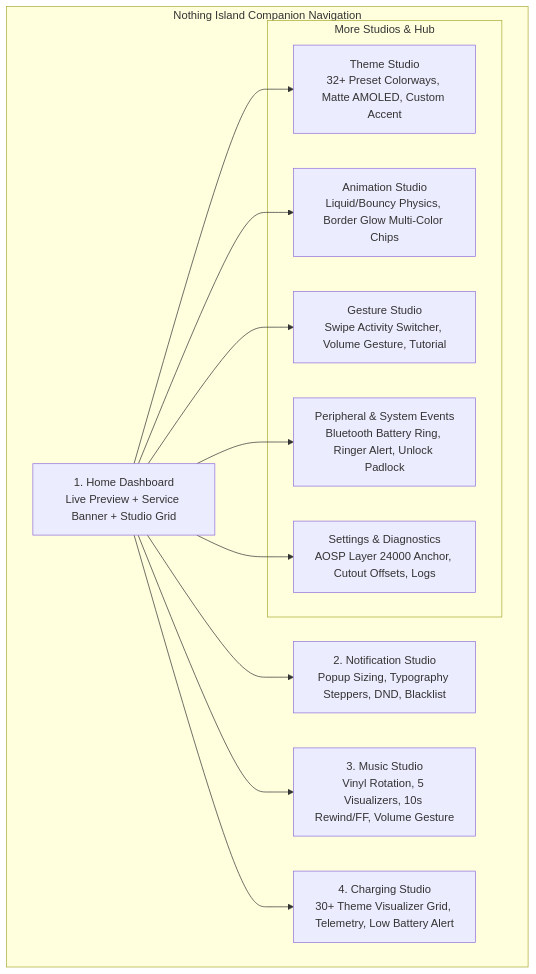
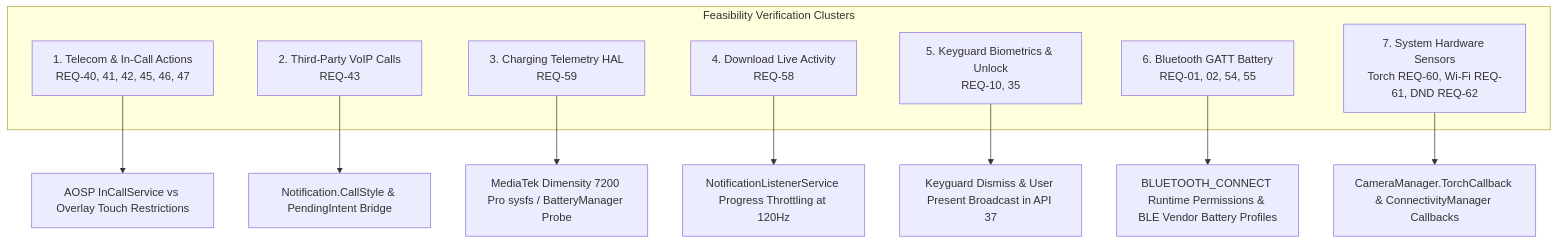
Before and after one commit to isumitjatav/dot-island: the diagram in docs/SCREENSHOT_REQUIREMENTS_TRACEABILITY.md, drawn with Mermaid. The commit also changed other lines of this file and 26 other files, not shown here.

Commit message:
feat(charging): implement Phase 3 12 Nothing-native charging animations, live studio, and telemetry integration

````diff
--- a/docs/SCREENSHOT_REQUIREMENTS_TRACEABILITY.md
+++ b/docs/SCREENSHOT_REQUIREMENTS_TRACEABILITY.md
@@ -226,26 +177,20 @@
 ```mermaid
-flowchart TD
-    subgraph Nothing Island Companion Navigation
-        HOME[1. Home Dashboard\nLive Preview + Service Banner + Studio Grid]
-        NOTIF_S[2. Notification Studio\nPopup Sizing, Typography Steppers, DND, Blacklist]
-        MUSIC_S[3. Music Studio\nVinyl Rotation, 5 Visualizers, 10s Rewind/FF, Volume Gesture]
-        CHARGE_S[4. Charging Studio\n30+ Theme Visualizer Grid, Telemetry, Low Battery Alert]
-        
-        subgraph More Studios & Hub
-            THEME_S[Theme Studio\n32+ Preset Colorways, Matte AMOLED, Custom Accent]
-            ANIM_S[Animation Studio\nLiquid/Bouncy Physics, Border Glow Multi-Color Chips]
-            GESTURE_S[Gesture Studio\nSwipe Activity Switcher, Volume Gesture, Tutorial]
-            PERIPH_S[Peripheral & System Events\nBluetooth Battery Ring, Ringer Alert, Unlock Padlock]
-            SETTINGS[Settings & Diagnostics\nAOSP Layer 24000 Anchor, Cutout Offsets, Logs]
-        end
+graph TD
+    subgraph Feasibility Verification Clusters
+        C1[1. Telecom & In-Call Actions\nREQ-40, 41, 42, 45, 46, 47]
+        C2[2. Third-Party VoIP Calls\nREQ-43]
+        C3[3. Charging Telemetry HAL\nREQ-59]
+        C4[4. Download Live Activity\nREQ-58]
+        C5[5. Keyguard Biometrics & Unlock\nREQ-10, 35]
+        C6[6. Bluetooth GATT Battery\nREQ-01, 02, 54, 55]
+        C7[7. System Hardware Sensors\nTorch REQ-60, Wi-Fi REQ-61, DND REQ-62]
     end
 
-    HOME --> NOTIF_S
-    HOME --> MUSIC_S
-    HOME --> CHARGE_S
-    HOME --> THEME_S
-    HOME --> ANIM_S
-    HOME --> GESTURE_S
-    HOME --> PERIPH_S
-    HOME --> SETTINGS
+    C1 --> SEC1[AOSP InCallService vs Overlay Touch Restrictions]
+    C2 --> SEC2[Notification.CallStyle & PendingIntent Bridge]
+    C3 --> SEC3[MediaTek Dimensity 7200 Pro sysfs / BatteryManager Probe]
+    C4 --> SEC4[NotificationListenerService Progress Throttling at 120Hz]
+    C5 --> SEC5[Keyguard Dismiss & User Present Broadcast in API 37]
+    C6 --> SEC6[BLUETOOTH_CONNECT Runtime Permissions & BLE Vendor Battery Profiles]
+    C7 --> SEC7[CameraManager.TorchCallback & ConnectivityManager Callbacks]
 ```
````
